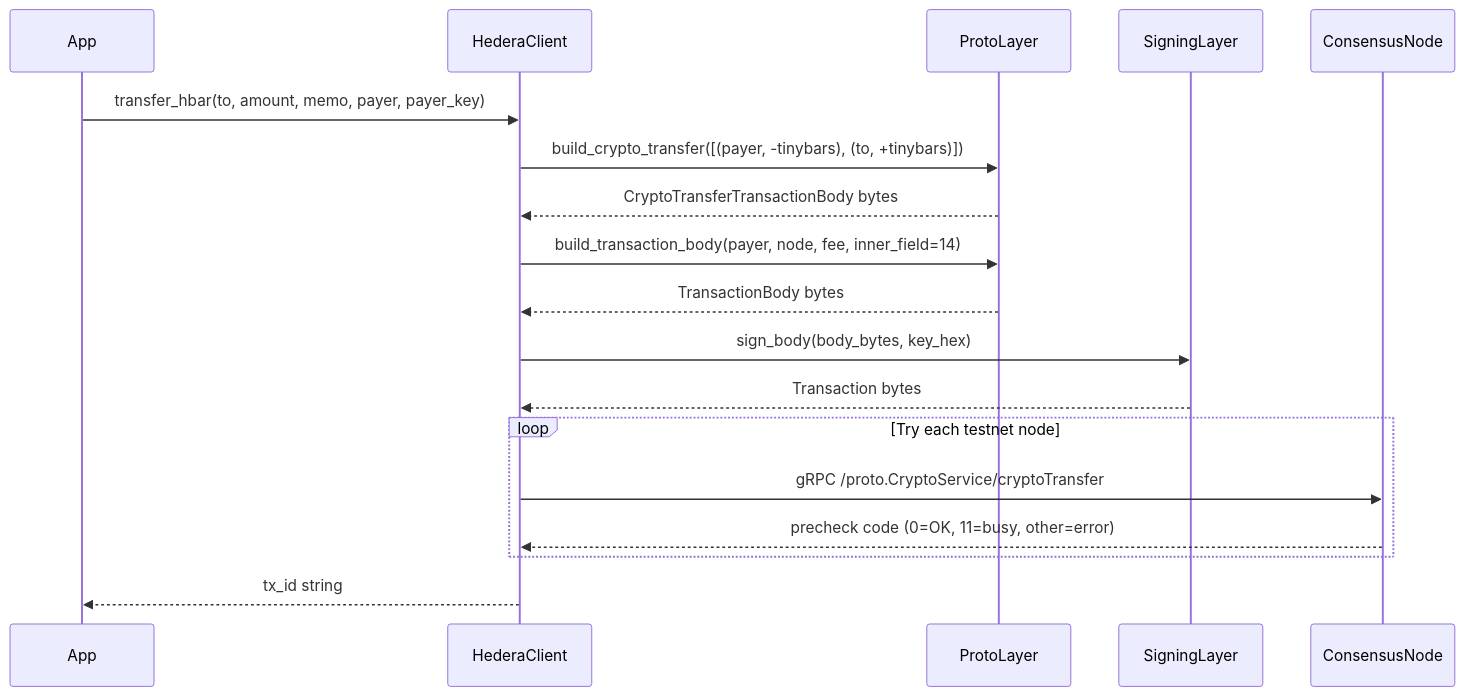
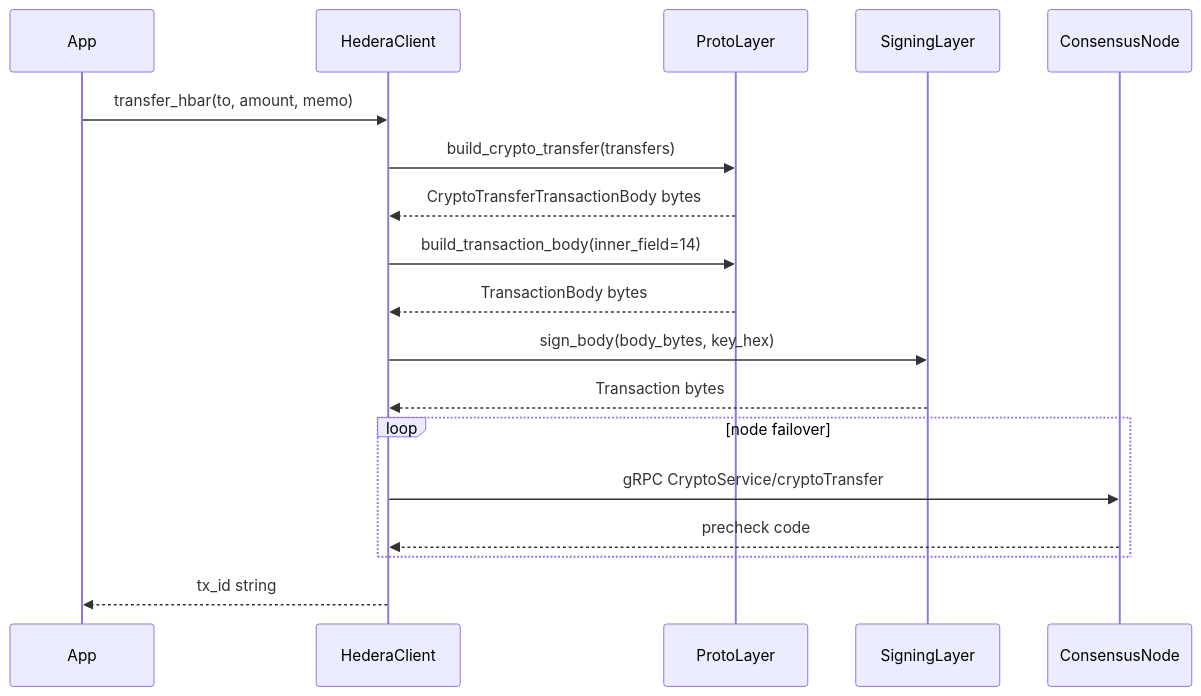
One commit to De-real-iManuel/hedera-py-lite changed the third of 4 diagrams in README.md. Above: the diagram before and after it, drawn with Mermaid. The commit also changed other lines of this file and 9 other files, not shown here.

````diff
--- a/README.md
+++ b/README.md
@@ -97,21 +263,21 @@
 ```mermaid
 sequenceDiagram
     participant App
     participant HederaClient
     participant ProtoLayer
     participant SigningLayer
     participant ConsensusNode
 
-    App->>HederaClient: transfer_hbar(to, amount, memo, payer, payer_key)
-    HederaClient->>ProtoLayer: build_crypto_transfer([(payer, -tinybars), (to, +tinybars)])
+    App->>HederaClient: transfer_hbar(to, amount, memo)
+    HederaClient->>ProtoLayer: build_crypto_transfer(transfers)
     ProtoLayer-->>HederaClient: CryptoTransferTransactionBody bytes
-    HederaClient->>ProtoLayer: build_transaction_body(payer, node, fee, inner_field=14)
+    HederaClient->>ProtoLayer: build_transaction_body(inner_field=14)
     ProtoLayer-->>HederaClient: TransactionBody bytes
     HederaClient->>SigningLayer: sign_body(body_bytes, key_hex)
     SigningLayer-->>HederaClient: Transaction bytes
-    loop Try each testnet node
-        HederaClient->>ConsensusNode: gRPC /proto.CryptoService/cryptoTransfer
-        ConsensusNode-->>HederaClient: precheck code (0=OK, 11=busy, other=error)
+    loop node failover
+        HederaClient->>ConsensusNode: gRPC CryptoService/cryptoTransfer
+        ConsensusNode-->>HederaClient: precheck code
     end
     HederaClient-->>App: tx_id string
 ```
````
